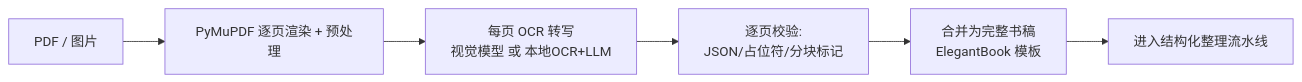
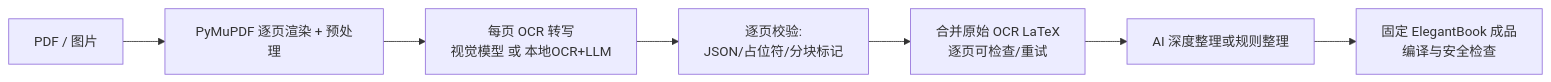
The third of 4 diagrams in 设计文档.md (Ararataki-number-one/LaTeXStruct), drawn with Mermaid before and after one commit. The commit also changed other lines of this file and 31 other files, not shown here.

Commit message:
feat: standardize OCR exports on ElegantBook

````diff
--- a/设计文档.md
+++ b/设计文档.md
@@ -525,8 +528,9 @@
 ```mermaid
 flowchart LR
   IN[PDF / 图片] --> P0[PyMuPDF 逐页渲染 + 预处理]
   P0 --> P1[每页 OCR 转写<br/>视觉模型 或 本地OCR+LLM]
   P1 --> P2[逐页校验:<br/>JSON/占位符/分块标记]
-  P2 --> P3[合并为完整书稿<br/>ElegantBook 模板]
-  P3 --> S[进入结构化整理流水线]
+  P2 --> P3[合并原始 OCR LaTeX<br/>逐页可检查/重试]
+  P3 --> S[AI 深度整理或规则整理]
+  S --> E[固定 ElegantBook 成品<br/>编译与安全检查]
 ```
````
